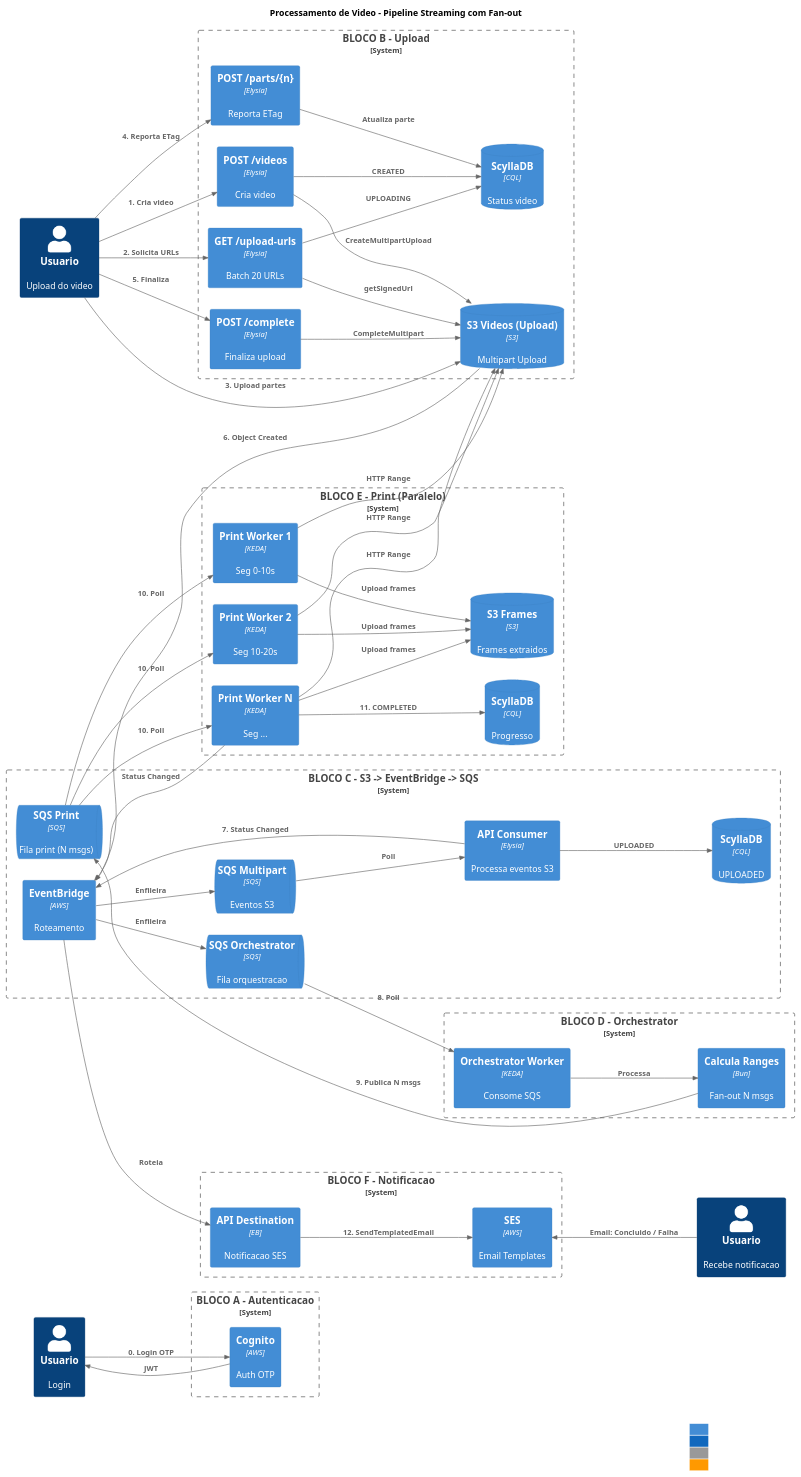
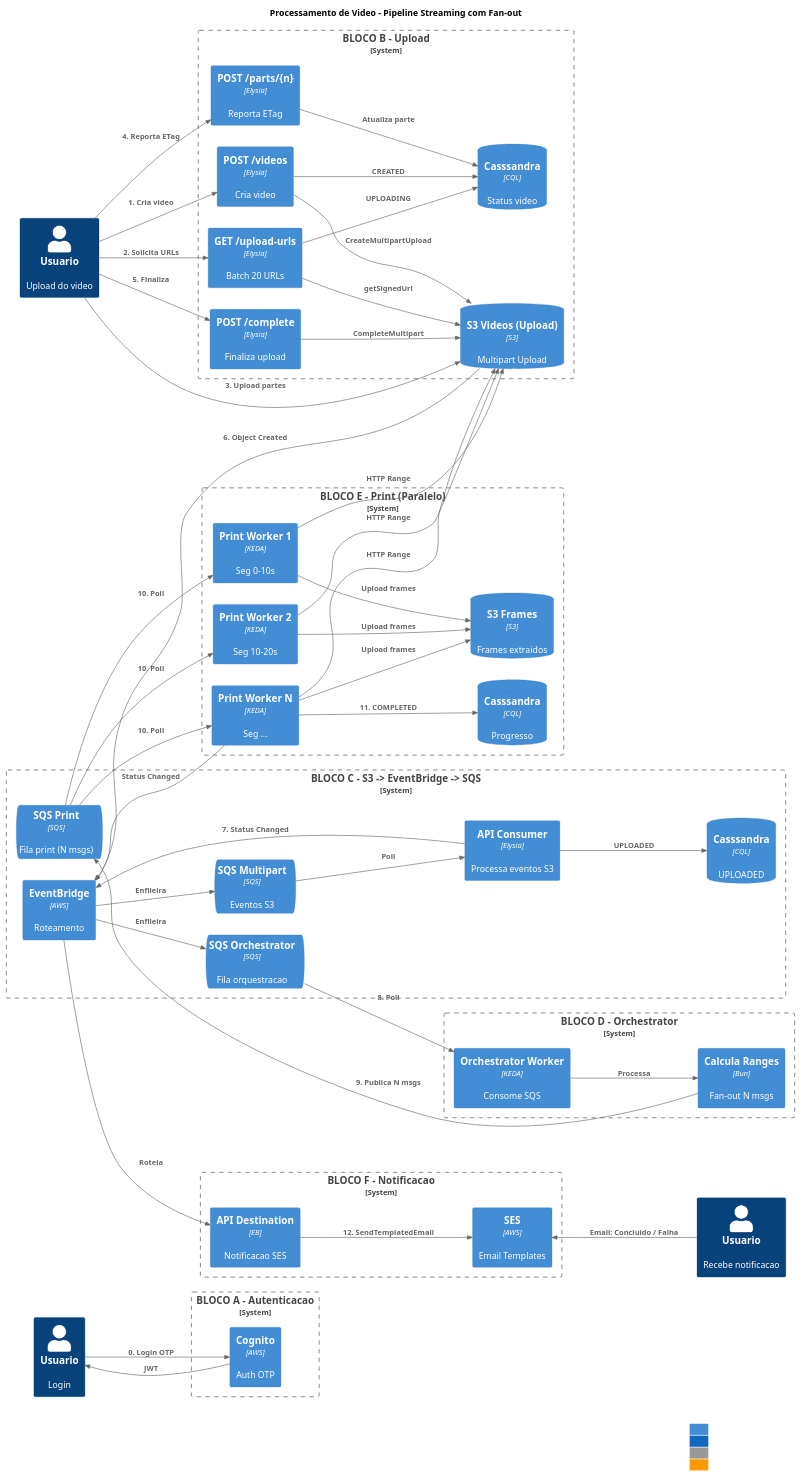
One commit to FreitasArao/fiap-image changed the diagram in docs/hld-architecture.puml. Above: the diagram before and after it, drawn with PlantUML. The commit also changed 21 other files, not shown here.

Commit message:
docs: Enhance README and infrastructure decision documentation with architecture insights and structured logging conventions; update diagrams to reflect Cassandra naming and improve clarity on architectural decisions

```diff
--- a/docs/hld-architecture.puml
+++ b/docs/hld-architecture.puml
@@ -1,110 +1,110 @@
 @startuml HLD-Architecture
 !include https://raw.githubusercontent.com/plantuml-stdlib/C4-PlantUML/master/C4_Container.puml
 !include https://raw.githubusercontent.com/plantuml-stdlib/C4-PlantUML/master/C4_Context.puml
 
 LAYOUT_LEFT_RIGHT()
 HIDE_STEREOTYPE()
 title Processamento de Video - Pipeline Streaming com Fan-out
 
 legend right
   |= Cor |= Tipo |
   | <#438DD5> | AWS Services |
   | <#1168BD> | API / Backend |
   | <#999999> | Kubernetes |
   | <#FF9900> | Banco de Dados |
 endlegend
 
 Person(userAuth, "Usuario", "Login")
 Person(userUpload, "Usuario", "Upload do video")
 Person(userNotify, "Usuario", "Recebe notificacao")
 
 System_Boundary(block_auth, "BLOCO A - Autenticacao") {
   Container(cognito_A, "Cognito", "AWS", "Auth OTP")
 }
 
 Rel(userAuth, cognito_A, "0. Login OTP")
 Rel(cognito_A, userAuth, "JWT")
 
 System_Boundary(block_upload, "BLOCO B - Upload") {
   Container(apiVideos_B, "POST /videos", "Elysia", "Cria video")
   Container(apiUrls_B, "GET /upload-urls", "Elysia", "Batch 20 URLs")
   Container(apiParts_B, "POST /parts/{n}", "Elysia", "Reporta ETag")
   Container(apiComplete_B, "POST /complete", "Elysia", "Finaliza upload")
 
   ContainerDb(s3Upload_B, "S3 Videos (Upload)", "S3", "Multipart Upload")
-  ContainerDb(cassandraUpload_B, "ScyllaDB", "CQL", "Status video")
+  ContainerDb(cassandraUpload_B, "Casssandra", "CQL", "Status video")
 }
 
 Rel(userUpload, apiVideos_B, "1. Cria video")
 Rel(apiVideos_B, s3Upload_B, "CreateMultipartUpload")
 Rel(apiVideos_B, cassandraUpload_B, "CREATED")
 
 Rel(userUpload, apiUrls_B, "2. Solicita URLs")
 Rel(apiUrls_B, s3Upload_B, "getSignedUrl")
 Rel(apiUrls_B, cassandraUpload_B, "UPLOADING")
 
 Rel(userUpload, s3Upload_B, "3. Upload partes")
 Rel(userUpload, apiParts_B, "4. Reporta ETag")
 Rel(apiParts_B, cassandraUpload_B, "Atualiza parte")
 
 Rel(userUpload, apiComplete_B, "5. Finaliza")
 Rel(apiComplete_B, s3Upload_B, "CompleteMultipart")
 
 System_Boundary(block_events, "BLOCO C - S3 -> EventBridge -> SQS") {
   Container(eventbridge_C, "EventBridge", "AWS", "Roteamento")
   ContainerQueue(sqsMultipart_C, "SQS Multipart", "SQS", "Eventos S3")
   Container(apiConsumer_C, "API Consumer", "Elysia", "Processa eventos S3")
 
   ContainerQueue(sqsOrch_C, "SQS Orchestrator", "SQS", "Fila orquestracao")
   ContainerQueue(sqsPrint_C, "SQS Print", "SQS", "Fila print (N msgs)")
 
-  ContainerDb(cassandraEvent_C, "ScyllaDB", "CQL", "UPLOADED")
+  ContainerDb(cassandraEvent_C, "Casssandra", "CQL", "UPLOADED")
 }
 
 Rel(s3Upload_B, eventbridge_C, "6. Object Created")
 Rel(eventbridge_C, sqsMultipart_C, "Enfileira")
 Rel(sqsMultipart_C, apiConsumer_C, "Poll")
 Rel(apiConsumer_C, cassandraEvent_C, "UPLOADED")
 Rel(apiConsumer_C, eventbridge_C, "7. Status Changed")
 Rel(eventbridge_C, sqsOrch_C, "Enfileira")
 
 System_Boundary(block_orch, "BLOCO D - Orchestrator") {
   Container(kedaOrch_D, "Orchestrator Worker", "KEDA", "Consome SQS")
   Container(jobOrch_D, "Calcula Ranges", "Bun", "Fan-out N msgs")
 }
 
 Rel(sqsOrch_C, kedaOrch_D, "8. Poll")
 Rel(kedaOrch_D, jobOrch_D, "Processa")
 Rel(jobOrch_D, sqsPrint_C, "9. Publica N msgs")
 
 System_Boundary(block_print, "BLOCO E - Print (Paralelo)") {
   Container(kedaPrint_E1, "Print Worker 1", "KEDA", "Seg 0-10s")
   Container(kedaPrint_E2, "Print Worker 2", "KEDA", "Seg 10-20s")
   Container(kedaPrint_EN, "Print Worker N", "KEDA", "Seg ...")
 
   ContainerDb(s3Frames_E, "S3 Frames", "S3", "Frames extraidos")
-  ContainerDb(cassandraDone_E, "ScyllaDB", "CQL", "Progresso")
+  ContainerDb(cassandraDone_E, "Casssandra", "CQL", "Progresso")
 }
 
 Rel(sqsPrint_C, kedaPrint_E1, "10. Poll")
 Rel(sqsPrint_C, kedaPrint_E2, "10. Poll")
 Rel(sqsPrint_C, kedaPrint_EN, "10. Poll")
 Rel(kedaPrint_E1, s3Upload_B, "HTTP Range")
 Rel(kedaPrint_E2, s3Upload_B, "HTTP Range")
 Rel(kedaPrint_EN, s3Upload_B, "HTTP Range")
 Rel(kedaPrint_E1, s3Frames_E, "Upload frames")
 Rel(kedaPrint_E2, s3Frames_E, "Upload frames")
 Rel(kedaPrint_EN, s3Frames_E, "Upload frames")
 Rel(kedaPrint_EN, cassandraDone_E, "11. COMPLETED")
 Rel(kedaPrint_EN, eventbridge_C, "Status Changed")
 
 System_Boundary(block_notify, "BLOCO F - Notificacao") {
   Container(apiDestSES_F, "API Destination", "EB", "Notificacao SES")
   Container(ses_F, "SES", "AWS", "Email Templates")
 }
 
 Rel(eventbridge_C, apiDestSES_F, "Roteia")
 Rel(apiDestSES_F, ses_F, "12. SendTemplatedEmail")
 Rel_Back(ses_F, userNotify, "Email: Concluido / Falha")
 
 @enduml
```
